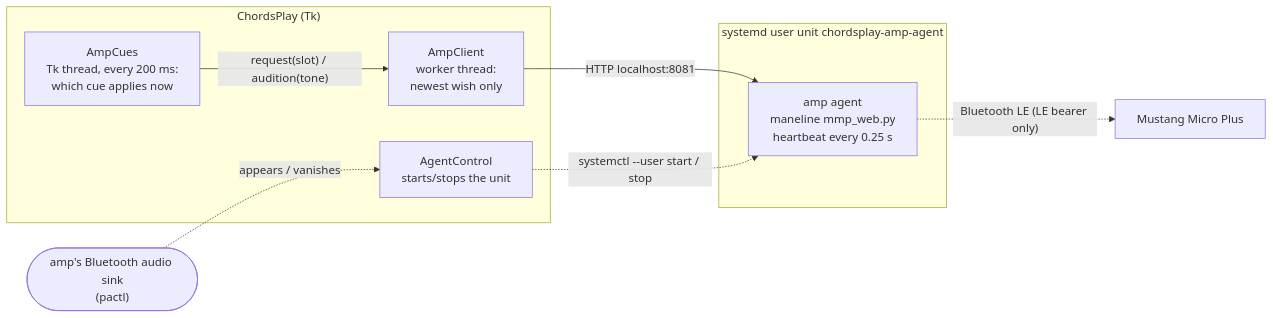
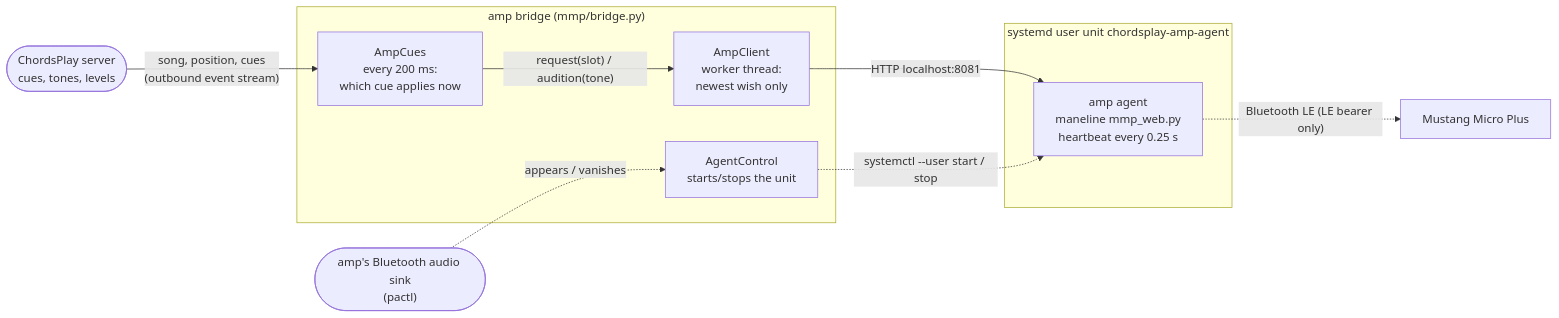
The diagram in docs/spec-amp.md (joba-1/ChordsPlay), drawn with Mermaid before and after one commit. The commit also changed other lines of this file and 56 other files, not shown here.

````diff
--- a/docs/spec-amp.md
+++ b/docs/spec-amp.md
@@ -18,18 +17,20 @@
 ```mermaid
 flowchart LR
-  subgraph app["ChordsPlay (Tk)"]
-    cues["AmpCues<br>Tk thread, every 200 ms:<br>which cue applies now"]
+  server(["ChordsPlay server<br>cues, tones, levels"])
+  subgraph app["amp bridge (mmp/bridge.py)"]
+    cues["AmpCues<br>every 200 ms:<br>which cue applies now"]
     client["AmpClient<br>worker thread:<br>newest wish only"]
     control["AgentControl<br>starts/stops the unit"]
   end
   subgraph unit["systemd user unit chordsplay-amp-agent"]
     agent["amp agent<br>maneline mmp_web.py<br>heartbeat every 0.25 s"]
   end
   sink(["amp's Bluetooth audio sink<br>(pactl)"])
   mmp["Mustang Micro Plus"]
+  server -- "song, position, cues<br>(outbound event stream)" --> cues
   cues -- "request(slot) / audition(tone)" --> client
   client -- "HTTP localhost:8081" --> agent
   sink -. "appears / vanishes" .-> control
   control -. "systemctl --user start / stop" .-> agent
   agent -. "Bluetooth LE (LE bearer only)" .-> mmp
 ```
````
